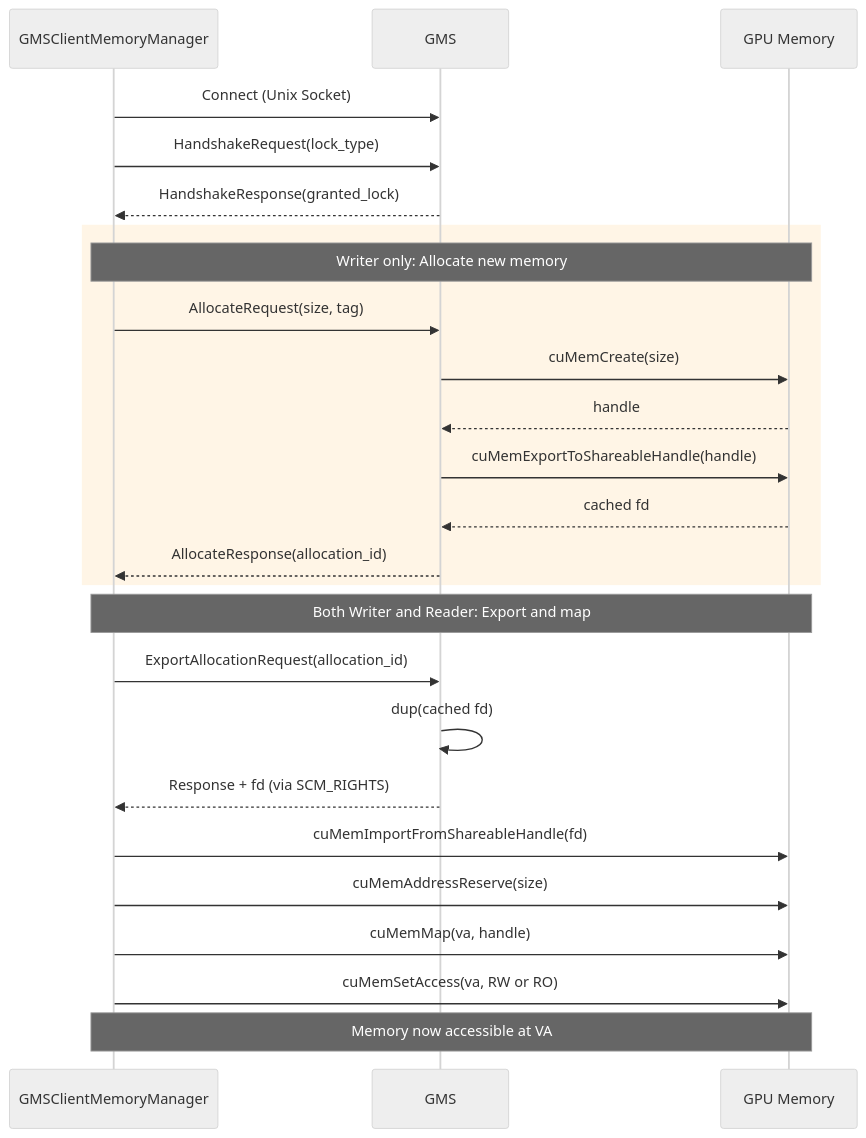
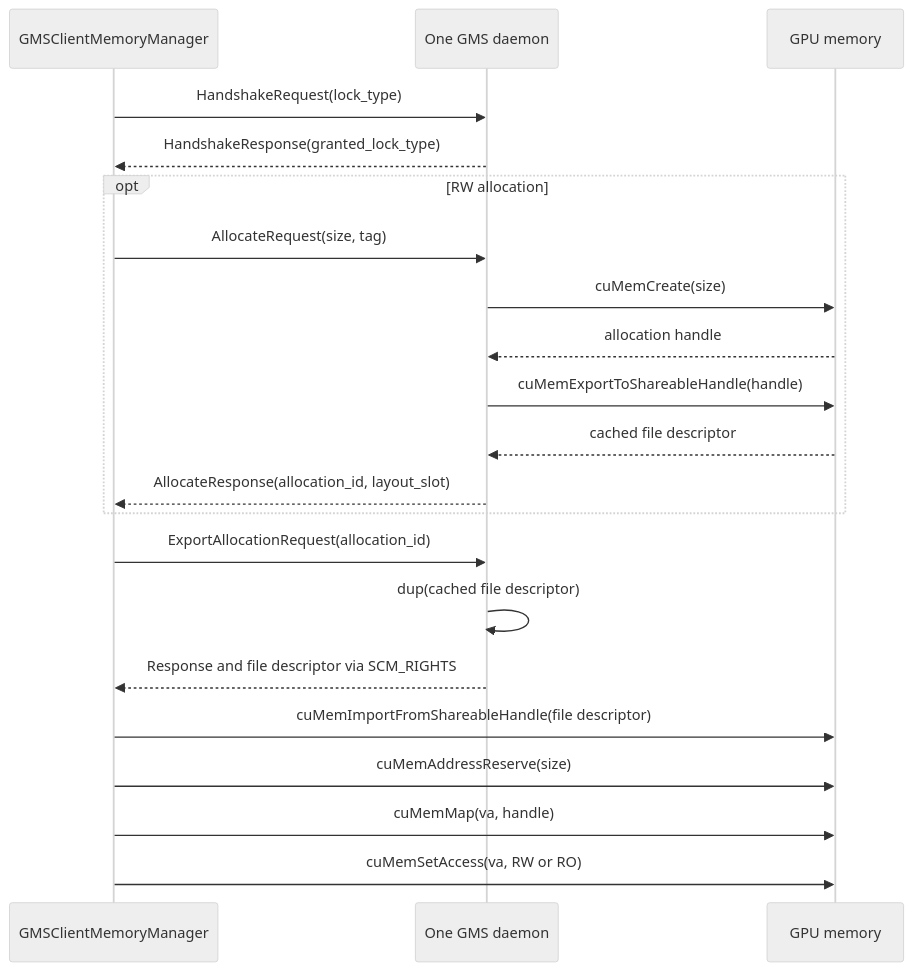
The first of 2 diagrams in lib/gpu_memory_service/README.md (ai-dynamo/dynamo), drawn with Mermaid (neutral theme) before and after one commit. The commit also changed other lines of this file and 4 other files, not shown here.

Commit message:
docs(gms): align memory lifecycle documentation

````diff
--- a/lib/gpu_memory_service/README.md
+++ b/lib/gpu_memory_service/README.md
@@ -92,35 +87,26 @@
 ```mermaid
 sequenceDiagram
     participant C as GMSClientMemoryManager
-    participant S as GMS
-    participant GPU as GPU Memory
+    participant S as One GMS daemon
+    participant GPU as GPU memory
 
-    %% Connection
-    C->>S: Connect (Unix Socket)
     C->>S: HandshakeRequest(lock_type)
-    S-->>C: HandshakeResponse(granted_lock)
+    S-->>C: HandshakeResponse(granted_lock_type)
 
-    %% Allocation (Writer only)
-    rect rgb(255, 245, 230)
-        Note over C,GPU: Writer only: Allocate new memory
+    opt RW allocation
         C->>S: AllocateRequest(size, tag)
         S->>GPU: cuMemCreate(size)
-        GPU-->>S: handle
+        GPU-->>S: allocation handle
         S->>GPU: cuMemExportToShareableHandle(handle)
-        GPU-->>S: cached fd
-        S-->>C: AllocateResponse(allocation_id)
+        GPU-->>S: cached file descriptor
+        S-->>C: AllocateResponse(allocation_id, layout_slot)
     end
 
-    %% Export/Import (Both Writer and Reader)
-    Note over C,GPU: Both Writer and Reader: Export and map
     C->>S: ExportAllocationRequest(allocation_id)
-    S->>S: dup(cached fd)
-    S-->>C: Response + fd (via SCM_RIGHTS)
-
-    C->>GPU: cuMemImportFromShareableHandle(fd)
+    S->>S: dup(cached file descriptor)
+    S-->>C: Response and file descriptor via SCM_RIGHTS
+    C->>GPU: cuMemImportFromShareableHandle(file descriptor)
     C->>GPU: cuMemAddressReserve(size)
     C->>GPU: cuMemMap(va, handle)
     C->>GPU: cuMemSetAccess(va, RW or RO)
-
-    Note over C,GPU: Memory now accessible at VA
 ```
````
